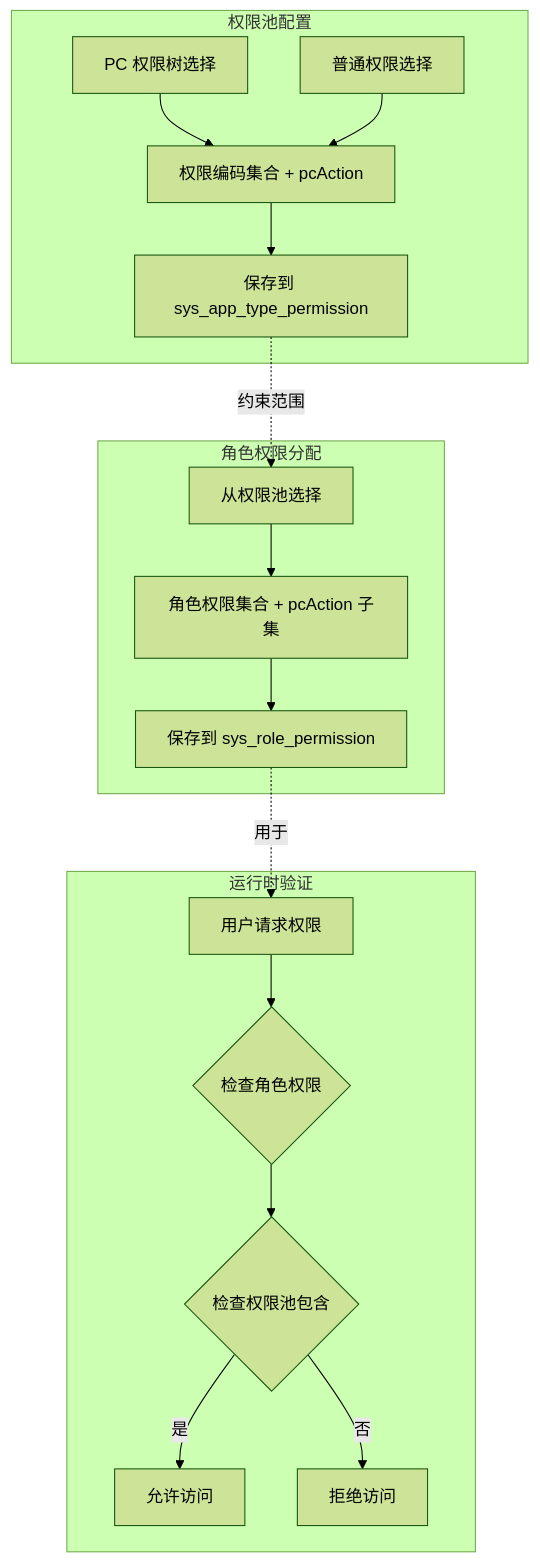
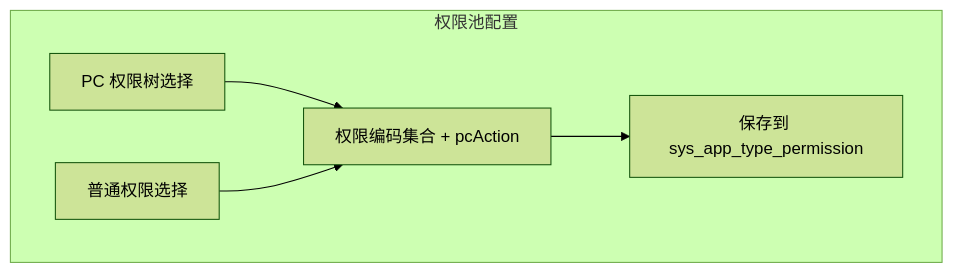
One commit to huyumo/moyan-mfw changed the third of 5 diagrams in docs/flows/permission-pool-setup.md. Above: the diagram before and after it, drawn with Mermaid (forest theme). The commit also changed other lines of this file and 7 other files, not shown here.

First line of the commit message:
fix: 修复 mermaid 流程图渲染和文档导航问题

````diff
--- a/docs/flows/permission-pool-setup.md
+++ b/docs/flows/permission-pool-setup.md
@@ -147,23 +147,8 @@
 ```mermaid
 graph TB
     subgraph 权限池配置
         P1[PC 权限树选择] --> P4[权限编码集合 + pcAction]
         P2[普通权限选择] --> P4
         P4 --> P5[保存到 sys_app_type_permission]
     end
-
-    subgraph 角色权限分配
-        R1[从权限池选择] --> R4[角色权限集合 + pcAction 子集]
-        R4 --> R5[保存到 sys_role_permission]
-    end
-
-    subgraph 运行时验证
-        V1[用户请求权限] --> V2{检查角色权限}
-        V2 --> V3{检查权限池包含}
-        V3 -->|是 | V4[允许访问]
-        V3 -->|否 | V5[拒绝访问]
-    end
-
-    P5 -.->|约束范围 | R1
-    R5 -.->|用于 | V1
 ```
````
